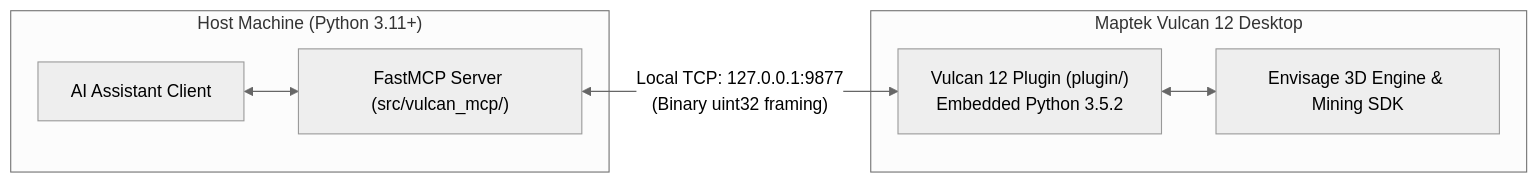
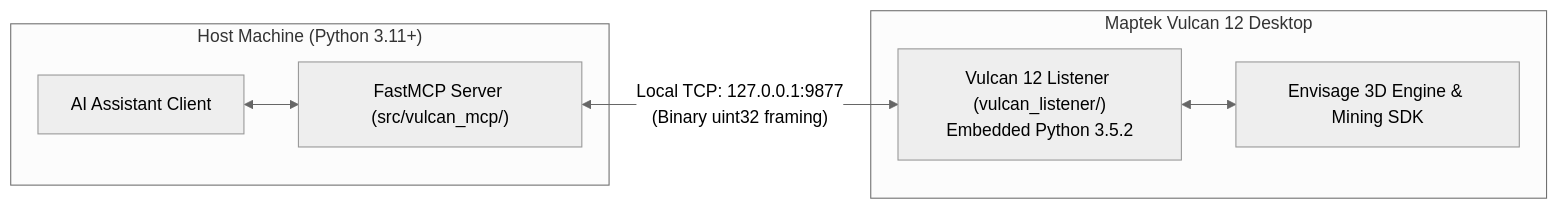
Before and after one commit to LuiccianDev/vulcan-mcp: the diagram in CONTRIBUTING.md, drawn with Mermaid (neutral theme). The commit also changed other lines of this file and 37 other files, not shown here.

First line of the commit message:
feat: rename plugin to vulcan_listener, restrict sdist to src/, and clean agent (#8)

````diff
--- a/CONTRIBUTING.md
+++ b/CONTRIBUTING.md
@@ -13,10 +13,10 @@
 ```mermaid
 flowchart LR
     subgraph Host["Host Machine (Python 3.11+)"]
         AI["AI Assistant Client"] <--> Server["FastMCP Server (src/vulcan_mcp/)"]
     end
-    Server <-->|"Local TCP: 127.0.0.1:9877\n(Binary uint32 framing)"| Plugin["Vulcan 12 Plugin (plugin/)\nEmbedded Python 3.5.2"]
+    Server <-->|"Local TCP: 127.0.0.1:9877\n(Binary uint32 framing)"| Listener["Vulcan 12 Listener (vulcan_listener/)\nEmbedded Python 3.5.2"]
     subgraph Vulcan["Maptek Vulcan 12 Desktop"]
-        Plugin <--> Envisage["Envisage 3D Engine & Mining SDK"]
+        Listener <--> Envisage["Envisage 3D Engine & Mining SDK"]
     end
 ```
````
